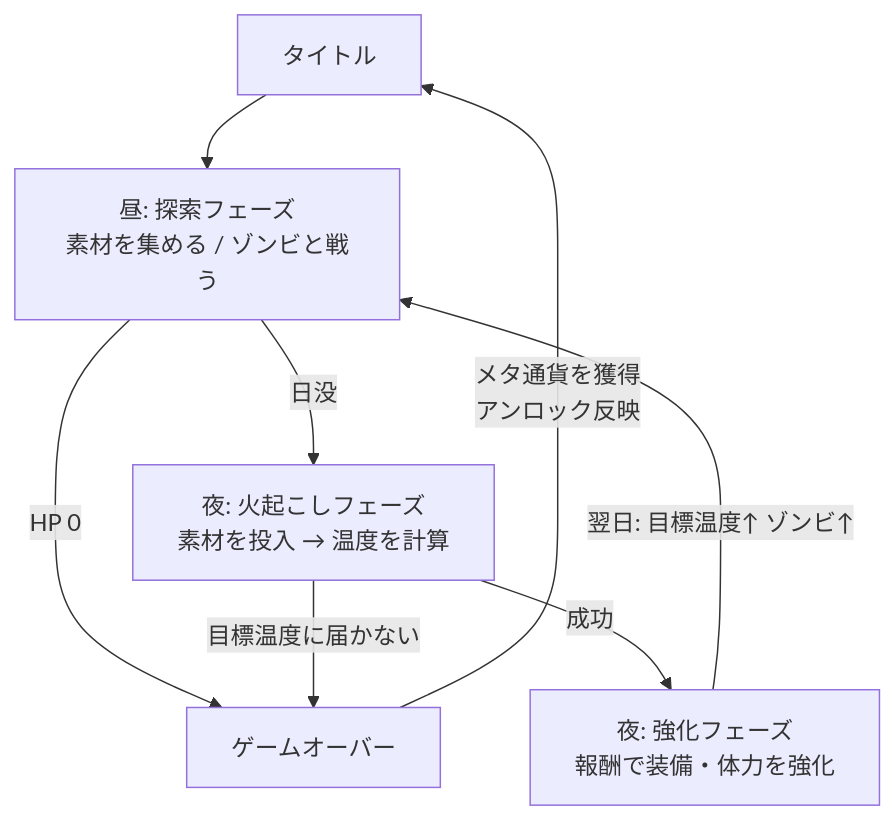
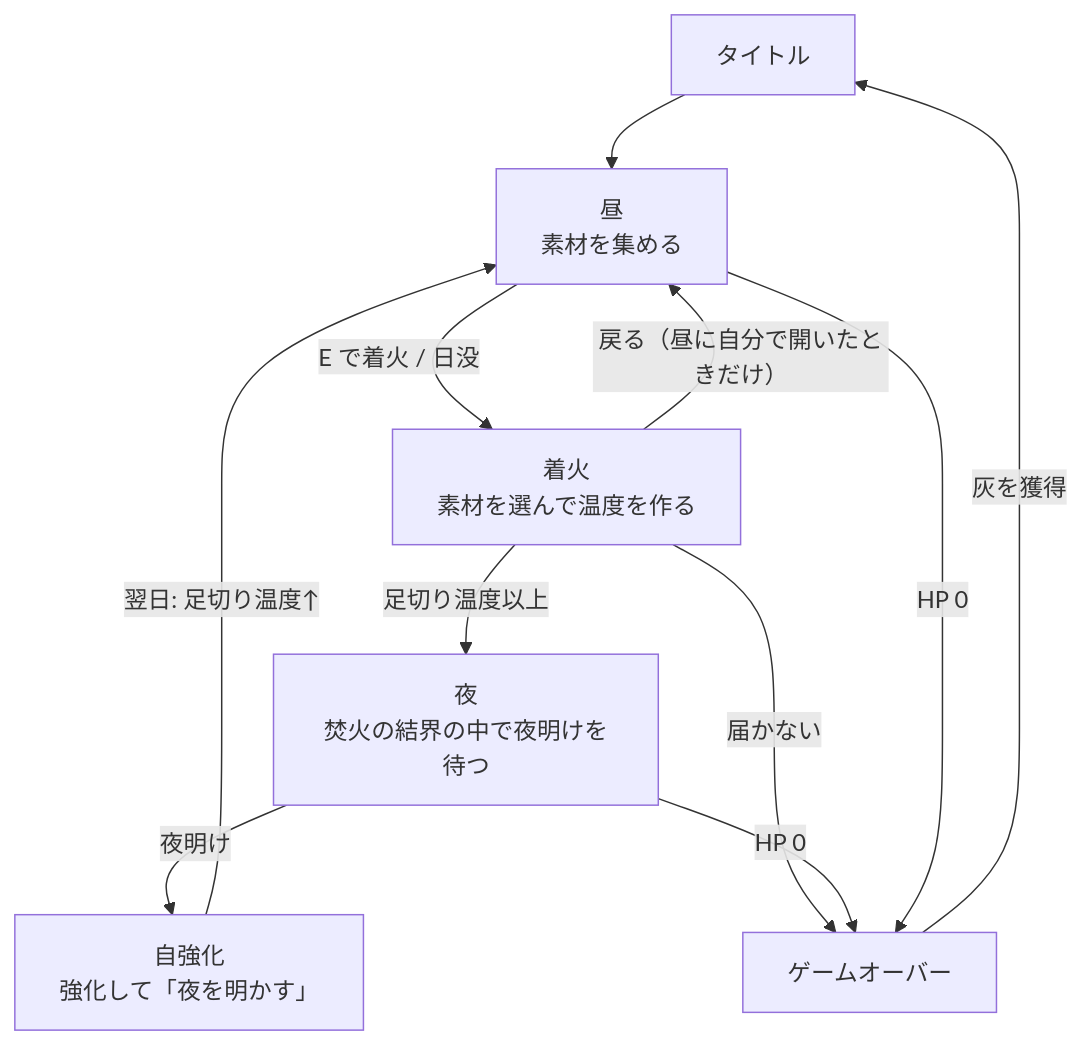
The diagram in DEVELOPMENT.md (UseAI-SeaUrchinPlease/FireStartAlpha), drawn with Mermaid before and after one commit. The commit also changed other lines of this file and 53 other files, not shown here.

````diff
--- a/DEVELOPMENT.md
+++ b/DEVELOPMENT.md
@@ -40,10 +42,13 @@
 ```mermaid
 flowchart TD
     Title[タイトル] --> Day
-    Day["昼: 探索フェーズ<br/>素材を集める / ゾンビと戦う"] -- 日没 --> Fire
+    Day["昼<br/>素材を集める"] -- "E で着火 / 日没" --> Fire
+    Fire["着火<br/>素材を選んで温度を作る"] -- 戻る（昼に自分で開いたときだけ） --> Day
+    Fire -- 足切り温度以上 --> Night
+    Fire -- 届かない --> Over
+    Night["夜<br/>焚火の結界の中で夜明けを待つ"] -- 夜明け --> Upgrade
+    Night -- HP 0 --> Over
+    Upgrade["自強化<br/>強化して「夜を明かす」"] -- 翌日: 足切り温度↑ --> Day
     Day -- HP 0 --> Over
-    Fire["夜: 火起こしフェーズ<br/>素材を投入 → 温度を計算"] -- 目標温度に届かない --> Over
-    Fire -- 成功 --> Upgrade
-    Upgrade["夜: 強化フェーズ<br/>報酬で装備・体力を強化"] -- 翌日: 目標温度↑ ゾンビ↑ --> Day
-    Over[ゲームオーバー] -- メタ通貨を獲得<br/>アンロック反映 --> Title
+    Over[ゲームオーバー] -- 灰を獲得 --> Title
 ```
````
